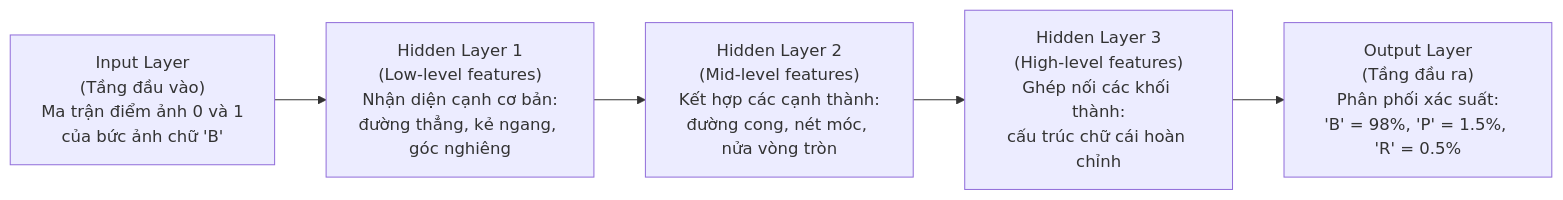
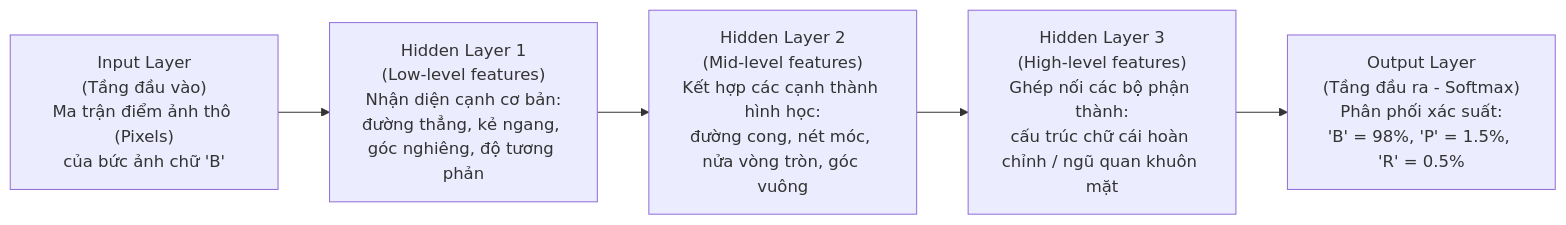
The second of 6 diagrams in Module_02_AIML_Fundamentals.md (nxthanh2904/nca-genl), drawn with Mermaid before and after one commit. The commit also changed other lines of this file and 11 other files, not shown here.

````diff
--- a/Module_02_AIML_Fundamentals.md
+++ b/Module_02_AIML_Fundamentals.md
@@ -64,14 +66,14 @@
 ```mermaid
 flowchart LR
-    Input["Input Layer<br/>(Tầng đầu vào)<br/>Ma trận điểm ảnh 0 và 1<br/>của bức ảnh chữ 'B'"]
+    Input["Input Layer<br/>(Tầng đầu vào)<br/>Ma trận điểm ảnh thô (Pixels)<br/>của bức ảnh chữ 'B'"]
     
-    H1["Hidden Layer 1<br/>(Low-level features)<br/>Nhận diện cạnh cơ bản:<br/>đường thẳng, kẻ ngang, góc nghiêng"]
+    H1["Hidden Layer 1<br/>(Low-level features)<br/>Nhận diện cạnh cơ bản:<br/>đường thẳng, kẻ ngang, góc nghiêng, độ tương phản"]
     
-    H2["Hidden Layer 2<br/>(Mid-level features)<br/>Kết hợp các cạnh thành:<br/>đường cong, nét móc, nửa vòng tròn"]
+    H2["Hidden Layer 2<br/>(Mid-level features)<br/>Kết hợp các cạnh thành hình học:<br/>đường cong, nét móc, nửa vòng tròn, góc vuông"]
     
-    H3["Hidden Layer 3<br/>(High-level features)<br/>Ghép nối các khối thành:<br/>cấu trúc chữ cái hoàn chỉnh"]
+    H3["Hidden Layer 3<br/>(High-level features)<br/>Ghép nối các bộ phận thành:<br/>cấu trúc chữ cái hoàn chỉnh / ngũ quan khuôn mặt"]
     
-    Output["Output Layer<br/>(Tầng đầu ra)<br/>Phân phối xác suất:<br/>'B' = 98%, 'P' = 1.5%, 'R' = 0.5%"]
+    Output["Output Layer<br/>(Tầng đầu ra - Softmax)<br/>Phân phối xác suất:<br/>'B' = 98%, 'P' = 1.5%, 'R' = 0.5%"]
 
     Input --> H1 --> H2 --> H3 --> Output
 ```
````
